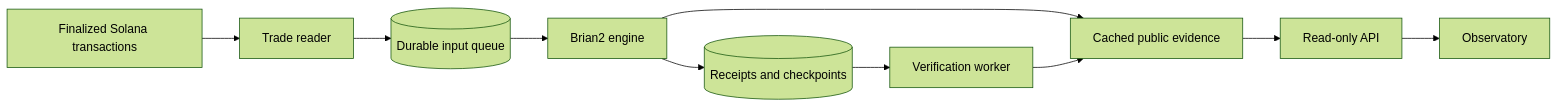
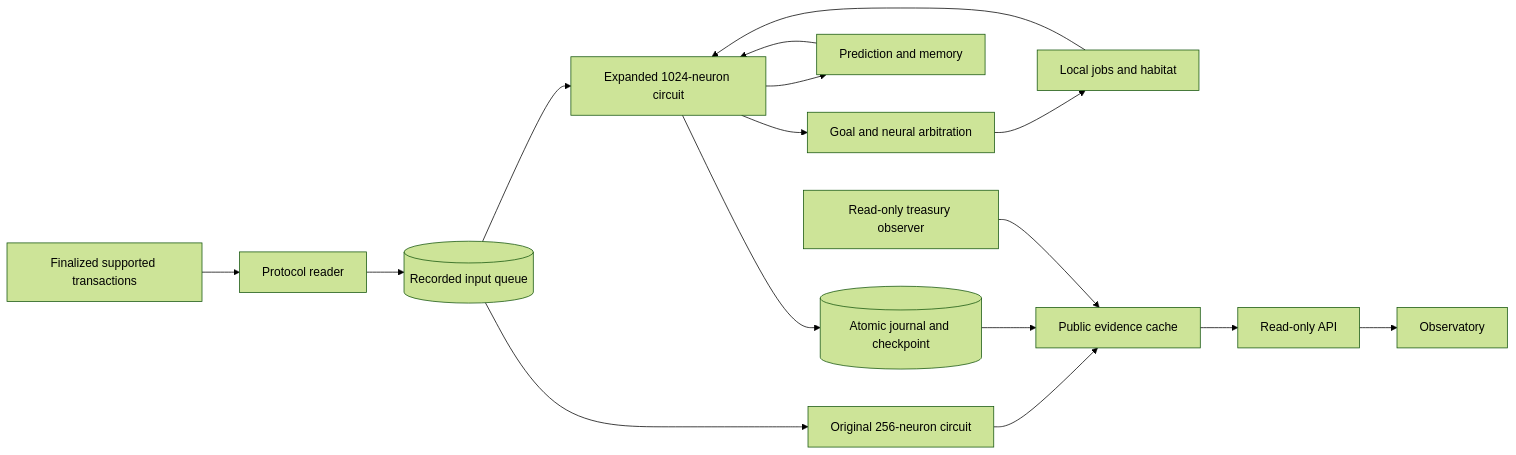
One commit to trynuria/nuria changed the diagram in README.md. Above: the diagram before and after it, drawn with Mermaid (forest theme). The commit also changed other lines of this file and 35 other files, not shown here.

Commit message:
Add persistent cognition, measured actions and treasury boundaries

````diff
--- a/README.md
+++ b/README.md
@@ -31,12 +51,18 @@
 ```mermaid
 flowchart LR
-  Solana[Finalized Solana transactions] --> Ingest[Trade reader]
-  Ingest --> Queue[(Durable input queue)]
-  Queue --> Brain[Brian2 engine]
-  Brain --> History[(Receipts and checkpoints)]
-  History --> Verify[Verification worker]
-  Brain --> Cache[Cached public evidence]
-  Verify --> Cache
+  Solana[Finalized supported transactions] --> Reader[Protocol reader]
+  Reader --> Inputs[(Recorded input queue)]
+  Inputs --> Original[Original 256-neuron circuit]
+  Inputs --> Cognition[Expanded 1024-neuron circuit]
+  Cognition --> Learning[Prediction and memory]
+  Learning --> Cognition
+  Cognition --> Actions[Goal and neural arbitration]
+  Actions --> Jobs[Local jobs and habitat]
+  Jobs --> Cognition
+  Cognition --> Journal[(Atomic journal and checkpoint)]
+  Original --> Cache[Public evidence cache]
+  Journal --> Cache
+  Observer[Read-only treasury observer] --> Cache
   Cache --> API[Read-only API]
   API --> UI[Observatory]
 ```
````
